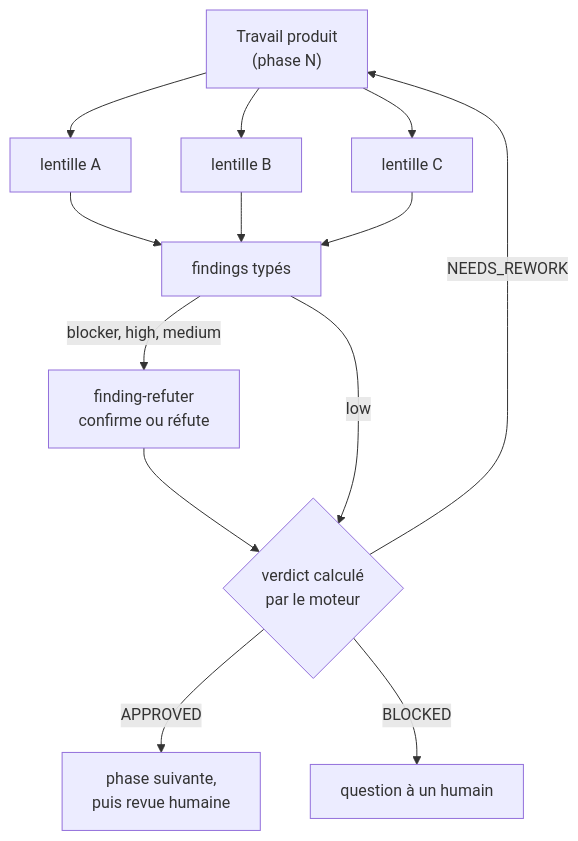
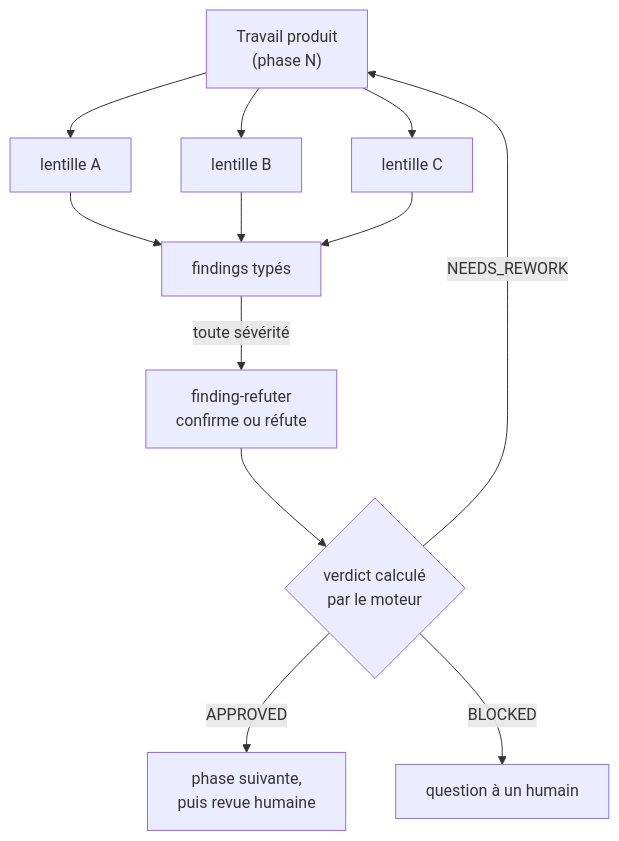
The diagram in docs/website/i18n/fr/docusaurus-plugin-content-docs/current/explanation/deep-dive/review-before-review.md (SebastienDegodez/skraft-plugin), drawn with Mermaid before and after one commit. The commit also changed other lines of this file and 28 other files, not shown here.

First line of the commit message:
feat(engine): every finding goes to the refuter and counts unless refuted, a low one too (#499)

````diff
--- a/docs/website/i18n/fr/docusaurus-plugin-content-docs/current/explanation/deep-dive/review-before-review.md
+++ b/docs/website/i18n/fr/docusaurus-plugin-content-docs/current/explanation/deep-dive/review-before-review.md
@@ -46,11 +46,10 @@
 ```mermaid
 flowchart TB
     W["Travail produit<br/>(phase N)"] --> L1["lentille A"] & L2["lentille B"] & L3["lentille C"]
     L1 & L2 & L3 --> F["findings typés"]
-    F -->|blocker, high, medium| R["finding-refuter<br/>confirme ou réfute"]
+    F -->|toute sévérité| R["finding-refuter<br/>confirme ou réfute"]
     R --> V{"verdict calculé<br/>par le moteur"}
-    F -->|low| V
     V -->|APPROVED| N["phase suivante,<br/>puis revue humaine"]
     V -->|NEEDS_REWORK| W
     V -->|BLOCKED| H["question à un humain"]
 ```
````
